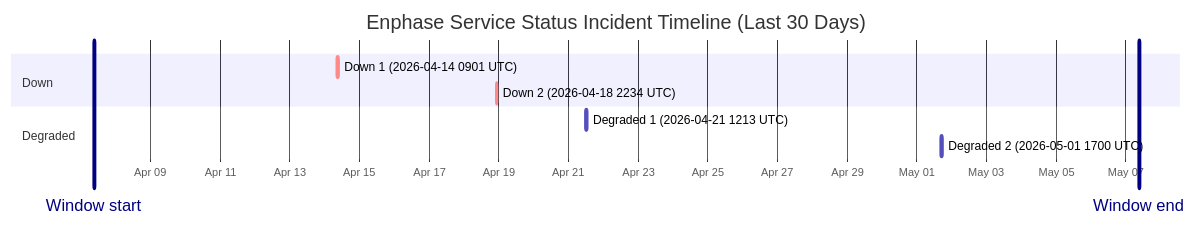
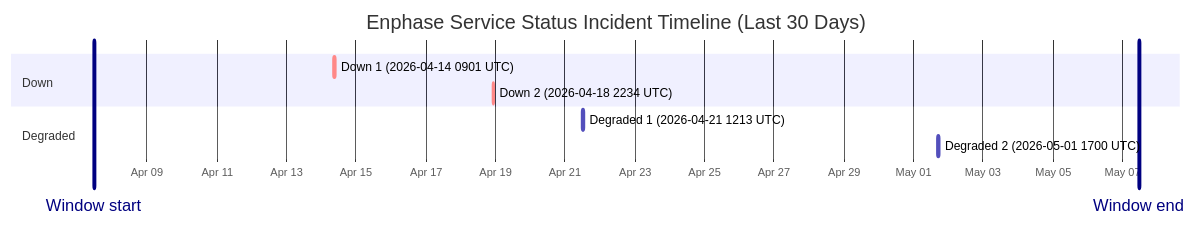
One commit to barneyonline/ha-enphase-ev-charger changed the diagram in wiki/Service-Status-History.md. Above: the diagram before and after it, drawn with Mermaid. The commit also changed other lines of this file and 3 other files, not shown here.

````diff
--- a/wiki/Service-Status-History.md
+++ b/wiki/Service-Status-History.md
@@ -14,14 +14,14 @@
 ```mermaid
 gantt
     title Enphase Service Status Incident Timeline (Last 30 Days)
     dateFormat  YYYY-MM-DDTHH:mm:ss
     axisFormat  %b %d
-    Window start :vert, window-start, 2026-04-07T09:10:29, 0ms
-    Window end :vert, window-end, 2026-05-07T09:10:29, 0ms
+    Window start :vert, window-start, 2026-04-07T11:26:12, 0ms
+    Window end :vert, window-end, 2026-05-07T11:26:12, 0ms
     section Down
     Down 1 (2026-04-14 0901 UTC) :crit, down-1, 2026-04-14T09:01:13, 60m
     Down 2 (2026-04-18 2234 UTC) :crit, down-2, 2026-04-18T22:34:13, 60m
     section Degraded
     Degraded 1 (2026-04-21 1213 UTC) :active, degraded-1, 2026-04-21T12:13:11, 60m
     Degraded 2 (2026-05-01 1700 UTC) :active, degraded-2, 2026-05-01T17:00:22, 60m
 ```
````
